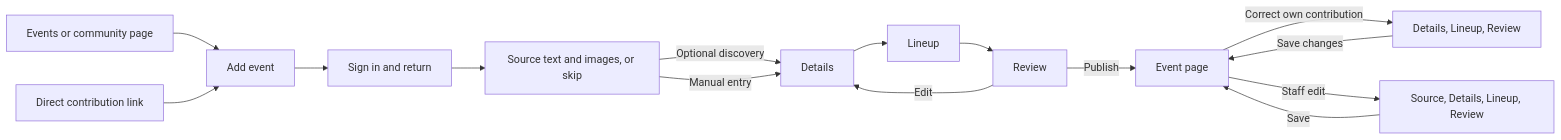
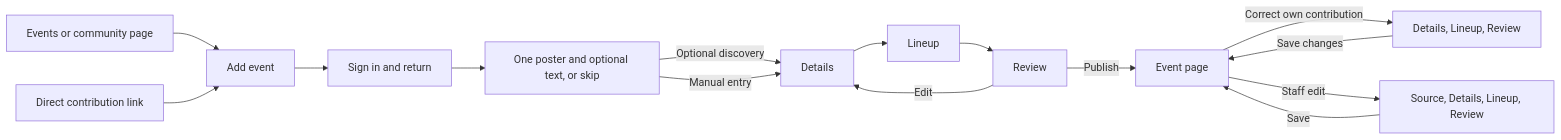
One commit to BASIC-BIT/VRDex changed the diagram in docs/planning/event-editor-visual-reference-2026-09-29.md. Above: the diagram before and after it, drawn with Mermaid. The commit also changed other lines of this file and 30 other files, not shown here.

Commit message:
Simplify event intake to one poster

````diff
--- a/docs/planning/event-editor-visual-reference-2026-09-29.md
+++ b/docs/planning/event-editor-visual-reference-2026-09-29.md
@@ -45,17 +51,17 @@
 ```mermaid
 flowchart LR
   A[Events or community page] --> B[Add event]
   C[Direct contribution link] --> B
   B --> D[Sign in and return]
-  D --> E[Source text and images, or skip]
+  D --> E[One poster and optional text, or skip]
   E -->|Optional discovery| F[Details]
   E -->|Manual entry| F
   F --> G[Lineup]
   G --> H[Review]
   H -->|Edit| F
   H -->|Publish| I[Event page]
   I -->|Correct own contribution| J[Details, Lineup, Review]
   J -->|Save changes| I
   I -->|Staff edit| K[Source, Details, Lineup, Review]
   K -->|Save| I
 ```
````
